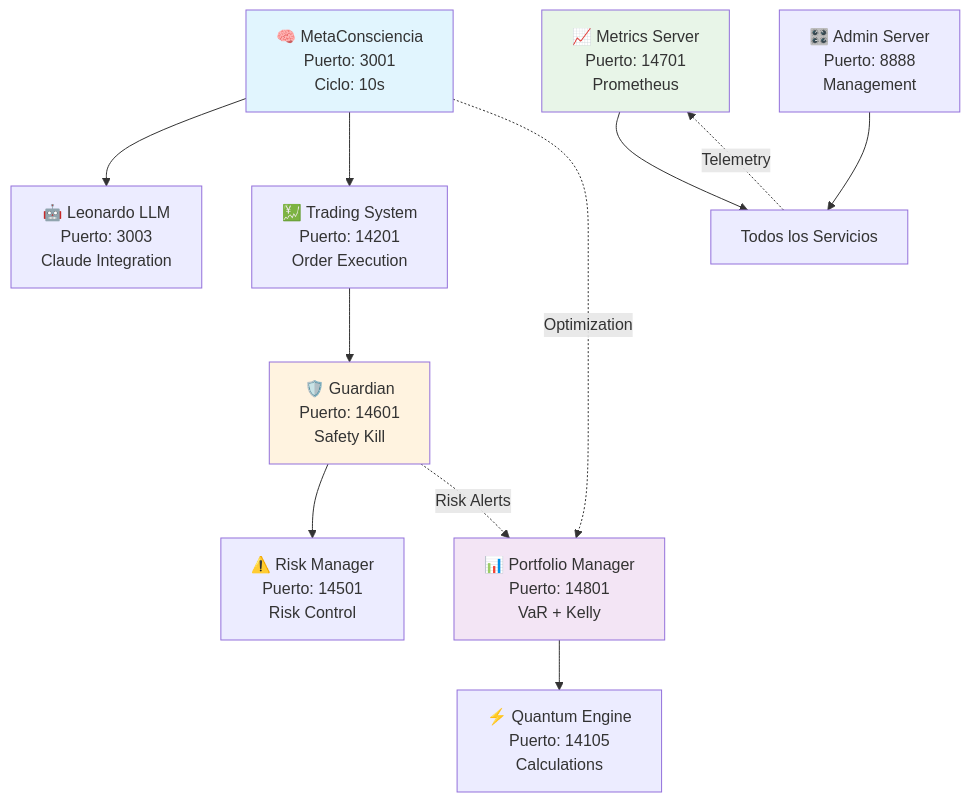
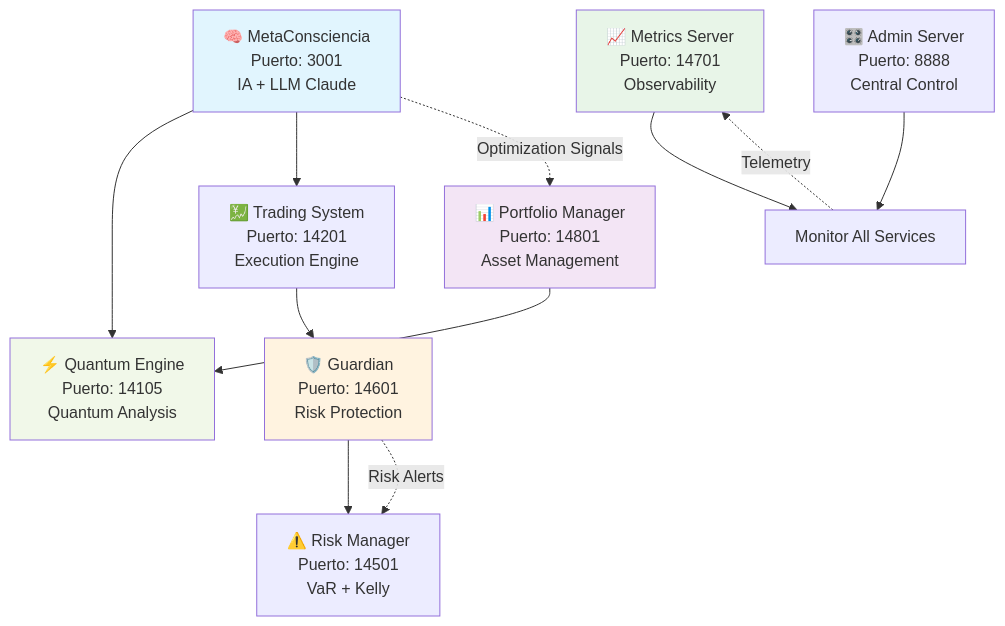
One commit to vigoferrel/qbtc-unified changed the diagram in README.md. Above: the diagram before and after it, drawn with Mermaid. The commit also changed other lines of this file and 539 other files, not shown here.

````diff
--- a/README.md
+++ b/README.md
@@ -41,19 +85,20 @@
 ```mermaid
 graph TB
-    MC[🧠 MetaConsciencia<br/>Puerto: 3001<br/>Ciclo: 10s] --> LLM[🤖 Leonardo LLM<br/>Puerto: 3003<br/>Claude Integration]
-    MC --> TS[💹 Trading System<br/>Puerto: 14201<br/>Order Execution]
-    TS --> GD[🛡️ Guardian<br/>Puerto: 14601<br/>Safety Kill]
-    GD --> RM[⚠️ Risk Manager<br/>Puerto: 14501<br/>Risk Control]
-    PM[📊 Portfolio Manager<br/>Puerto: 14801<br/>VaR + Kelly] --> QE[⚡ Quantum Engine<br/>Puerto: 14105<br/>Calculations]
-    MS[📈 Metrics Server<br/>Puerto: 14701<br/>Prometheus] --> ALL[Todos los Servicios]
-    AS[🎛️ Admin Server<br/>Puerto: 8888<br/>Management] --> ALL
+    MC[🧠 MetaConsciencia<br/>Puerto: 3001<br/>IA + LLM Claude] --> QE[⚡ Quantum Engine<br/>Puerto: 14105<br/>Quantum Analysis]
+    MC --> TS[💹 Trading System<br/>Puerto: 14201<br/>Execution Engine]
+    TS --> GD[🛡️ Guardian<br/>Puerto: 14601<br/>Risk Protection]
+    GD --> RM[⚠️ Risk Manager<br/>Puerto: 14501<br/>VaR + Kelly]
+    PM[📊 Portfolio Manager<br/>Puerto: 14801<br/>Asset Management] --> QE
+    MS[📈 Metrics Server<br/>Puerto: 14701<br/>Observability] --> ALL[Monitor All Services]
+    AS[🎛️ Admin Server<br/>Puerto: 8888<br/>Central Control] --> ALL
     
-    MC -.->|Optimization| PM
-    GD -.->|Risk Alerts| PM  
+    MC -.->|Optimization Signals| PM
+    GD -.->|Risk Alerts| RM  
     ALL -.->|Telemetry| MS
     
     style MC fill:#e1f5fe
     style GD fill:#fff3e0
+    style QE fill:#f1f8e9
     style PM fill:#f3e5f5
     style MS fill:#e8f5e8
 ```
````
